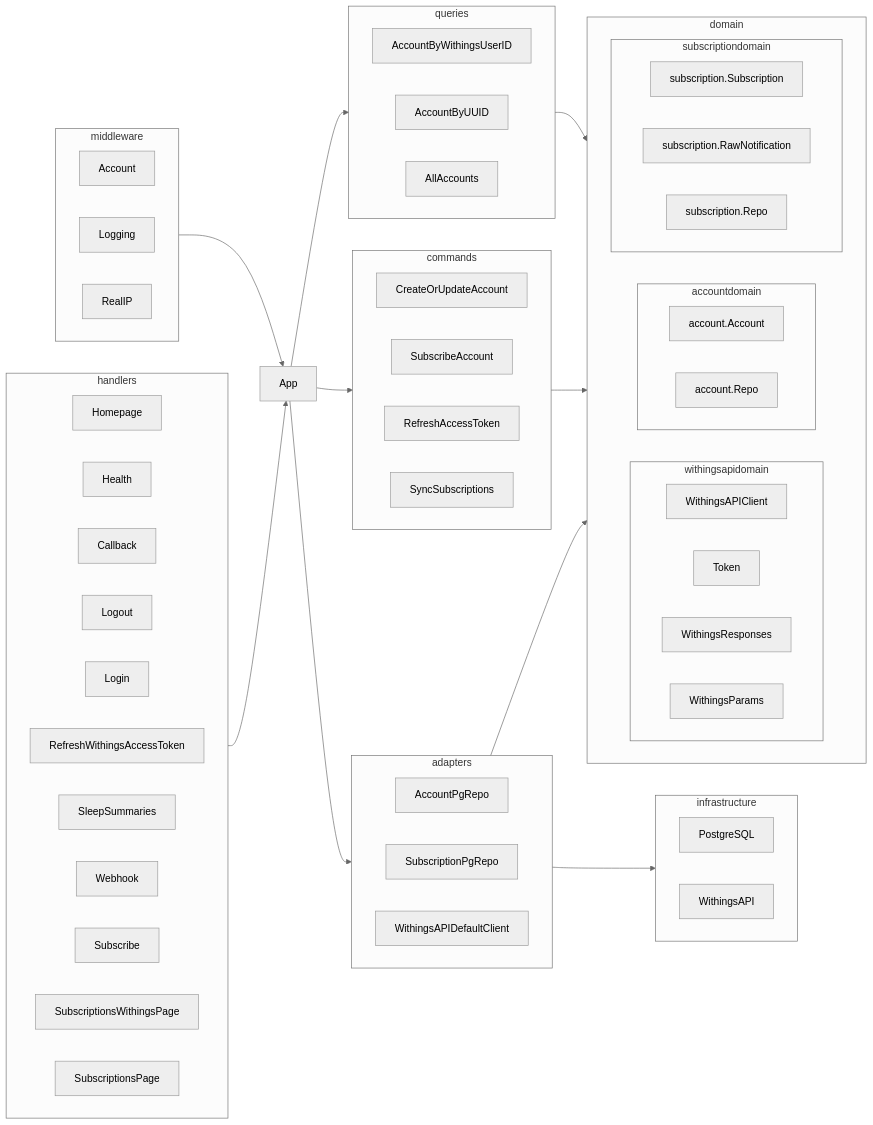
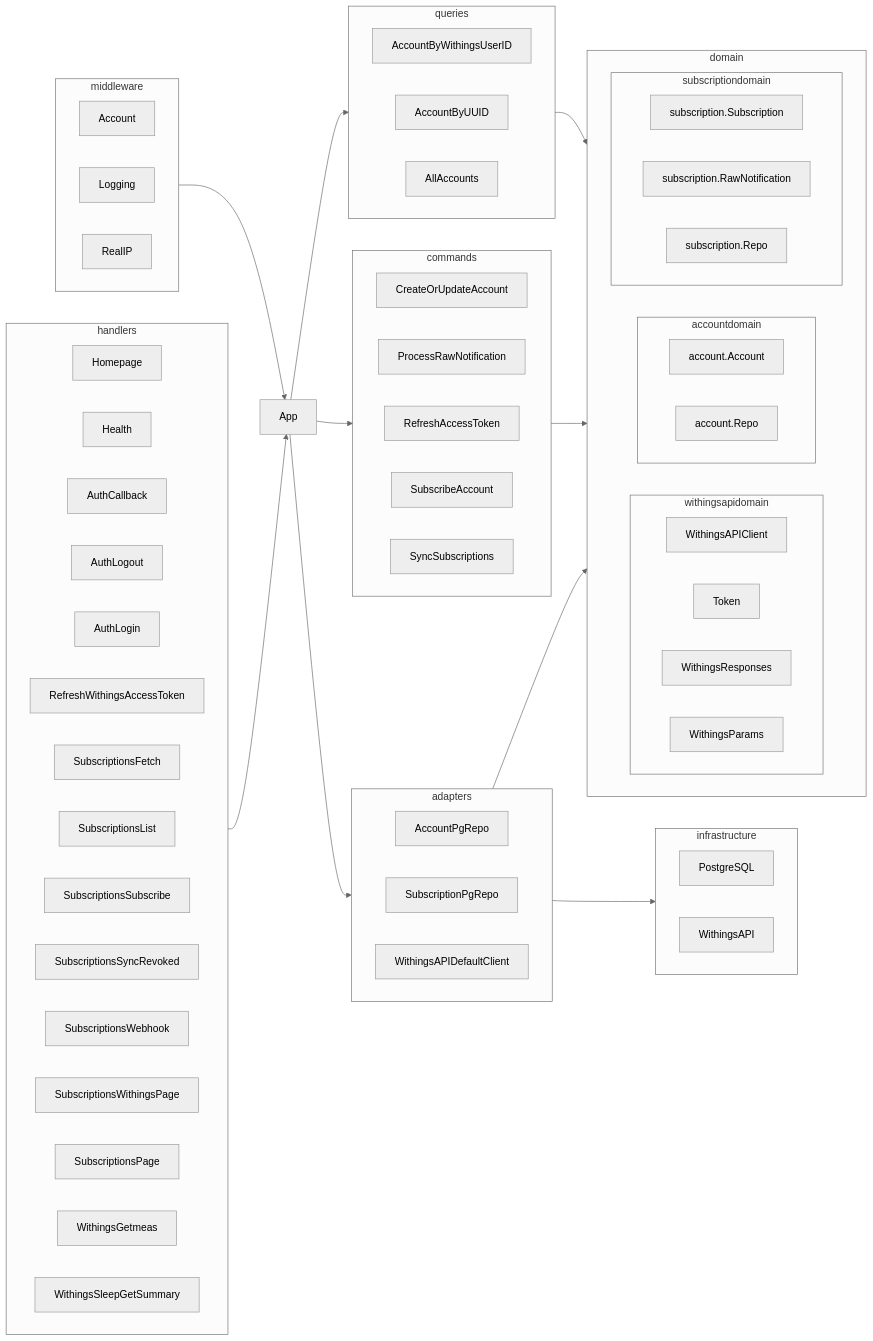
One commit to roessland/withoutings changed the diagram in docs/ddd-architecture.md. Above: the diagram before and after it, drawn with Mermaid (neutral theme). The commit also changed 19 other files, not shown here.

```diff
--- a/docs/ddd-architecture.md
+++ b/docs/ddd-architecture.md
@@ -10,15 +10,19 @@
     direction LR
     Homepage
     Health
-    Callback
-    Logout
-    Login
+    AuthCallback
+    AuthLogout
+    AuthLogin
     RefreshWithingsAccessToken
-    SleepSummaries
-    Webhook
-    Subscribe
+    SubscriptionsFetch
+    SubscriptionsList
+    SubscriptionsSubscribe
+    SubscriptionsSyncRevoked
+    SubscriptionsWebhook
     SubscriptionsWithingsPage
     SubscriptionsPage
+    WithingsGetmeas
+    WithingsSleepGetSummary
 end
 handlers-->App
 
@@ -60,8 +64,9 @@
 subgraph commands
     direction LR
     CreateOrUpdateAccount
+    ProcessRawNotification
+    RefreshAccessToken
     SubscribeAccount
-    RefreshAccessToken
     SyncSubscriptions
 end
 commands-->domain
```
